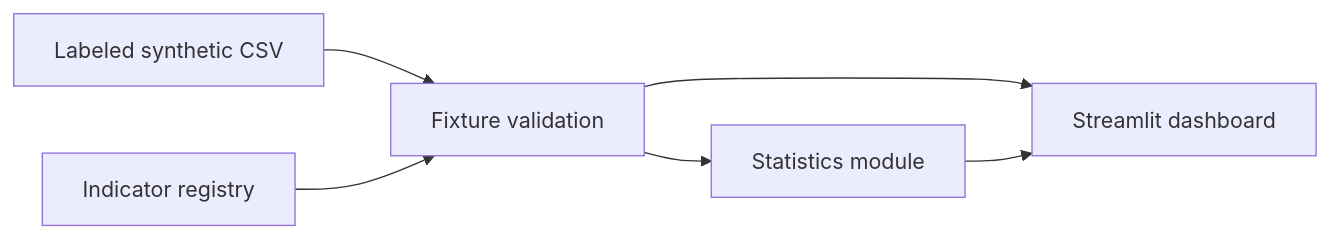
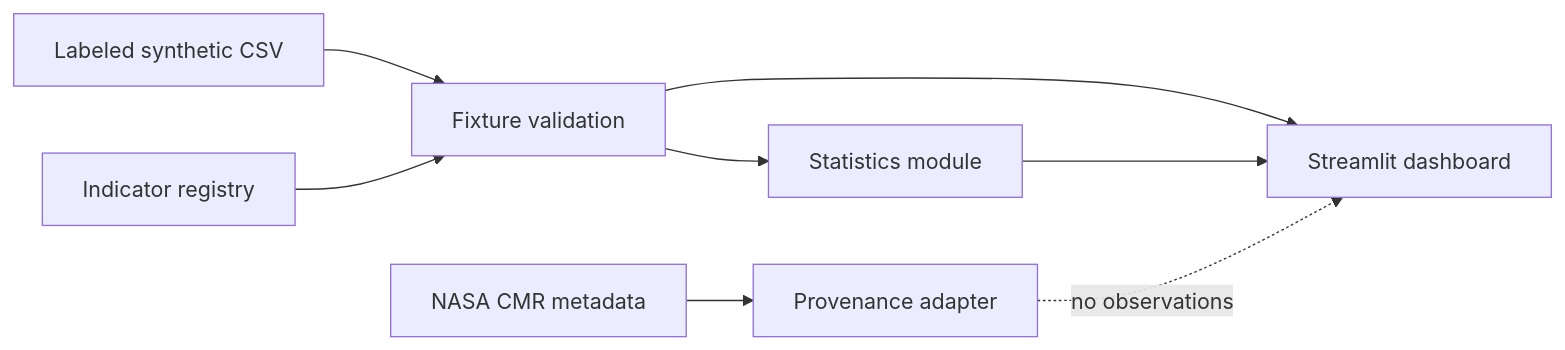
Before and after one commit to Staticshock1013/engineering-showcase: the diagram in projects/06-terratrend-global/README.md, drawn with Mermaid. The commit also changed other lines of this file and 2 other files, not shown here.

Commit message:
feat(terratrend): add NASA metadata adapter

````diff
--- a/projects/06-terratrend-global/README.md
+++ b/projects/06-terratrend-global/README.md
@@ -21,8 +21,10 @@
 ```mermaid
 flowchart LR
   F[Labeled synthetic CSV] --> V[Fixture validation]
   R[Indicator registry] --> V
   V --> S[Statistics module]
   V --> D[Streamlit dashboard]
   S --> D
+  C[NASA CMR metadata] --> P[Provenance adapter]
+  P -. no observations .-> D
 ```
````
